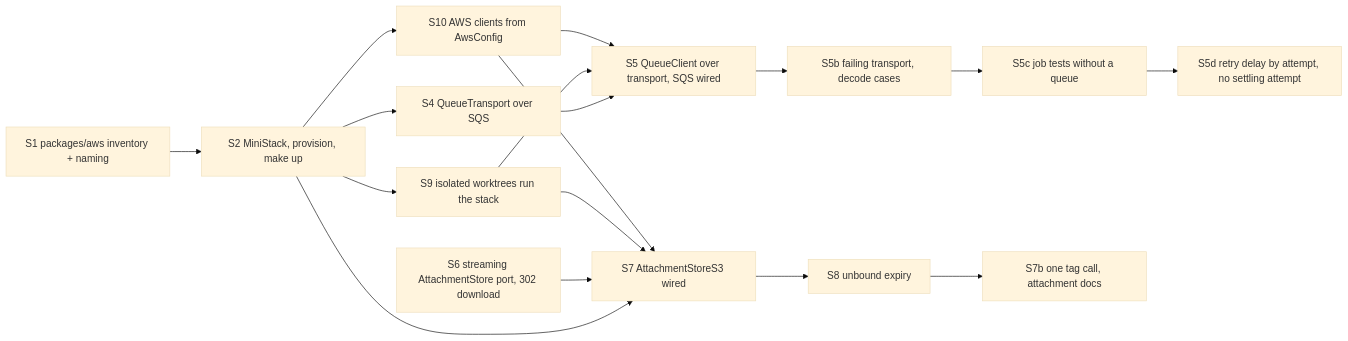
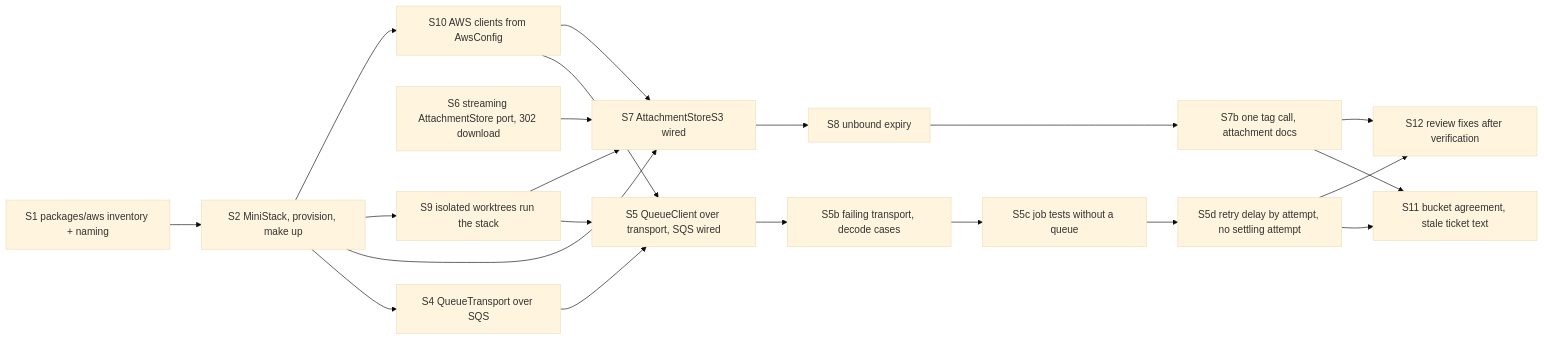
The diagram in docs/tickets/2026-10-19-1448_aws-local/plan.md (khotei/app-template), drawn with Mermaid (base theme) before and after one commit. The commit also changed other lines of this file and 2 other files, not shown here.

First line of the commit message:
:memo: docs(aws-local): Record verification run 1, plan S11 and S12

````diff
--- a/docs/tickets/2026-10-19-1448_aws-local/plan.md
+++ b/docs/tickets/2026-10-19-1448_aws-local/plan.md
@@ -32,20 +32,24 @@
 ```mermaid
 graph LR
   S1[S1 packages/aws inventory + naming] --> S2[S2 MiniStack, provision, make up]
   S2 --> S4[S4 QueueTransport over SQS]
   S4 --> S5[S5 QueueClient over transport, SQS wired]
   S5 --> S5b[S5b failing transport, decode cases]
   S5b --> S5c[S5c job tests without a queue]
   S5c --> S5d[S5d retry delay by attempt, no settling attempt]
   S6[S6 streaming AttachmentStore port, 302 download]
   S2 --> S7[S7 AttachmentStoreS3 wired]
   S6 --> S7
   S7 --> S8[S8 unbound expiry]
   S8 --> S7b[S7b one tag call, attachment docs]
+  S5d --> S11[S11 bucket agreement, stale ticket text]
+  S7b --> S11
+  S5d --> S12[S12 review fixes after verification]
+  S7b --> S12
   S2 --> S9[S9 isolated worktrees run the stack]
   S2 --> S10[S10 AWS clients from AwsConfig]
   S9 --> S5
   S9 --> S7
   S10 --> S5
   S10 --> S7
 ```
````
